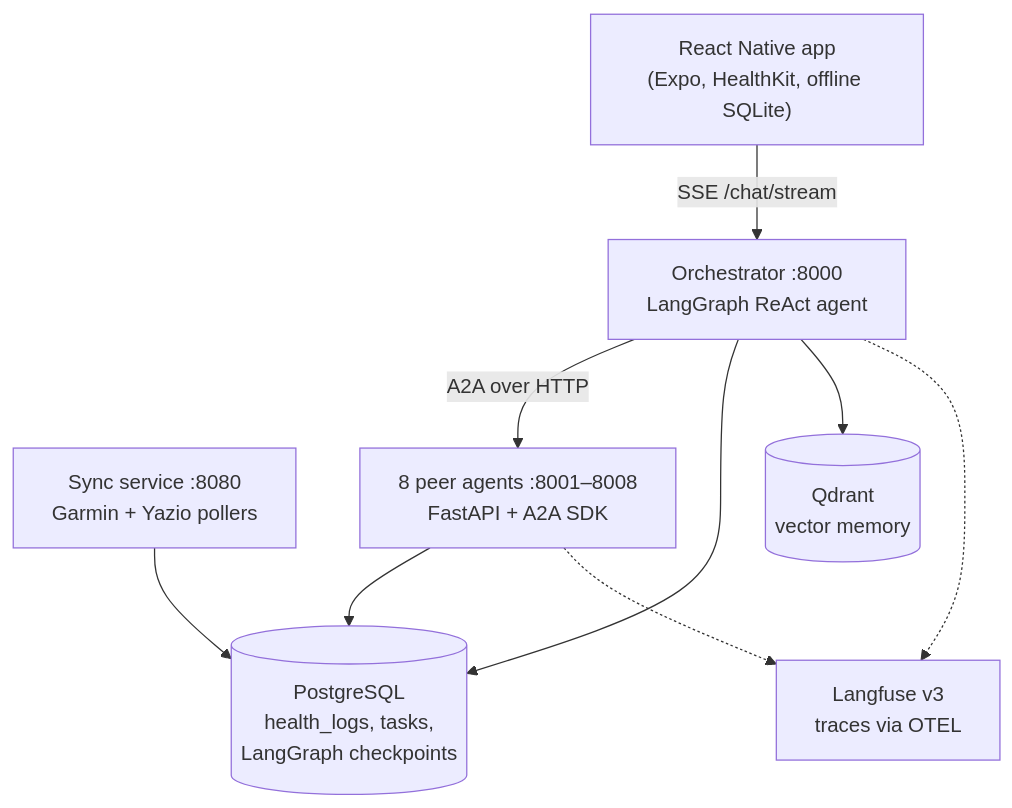
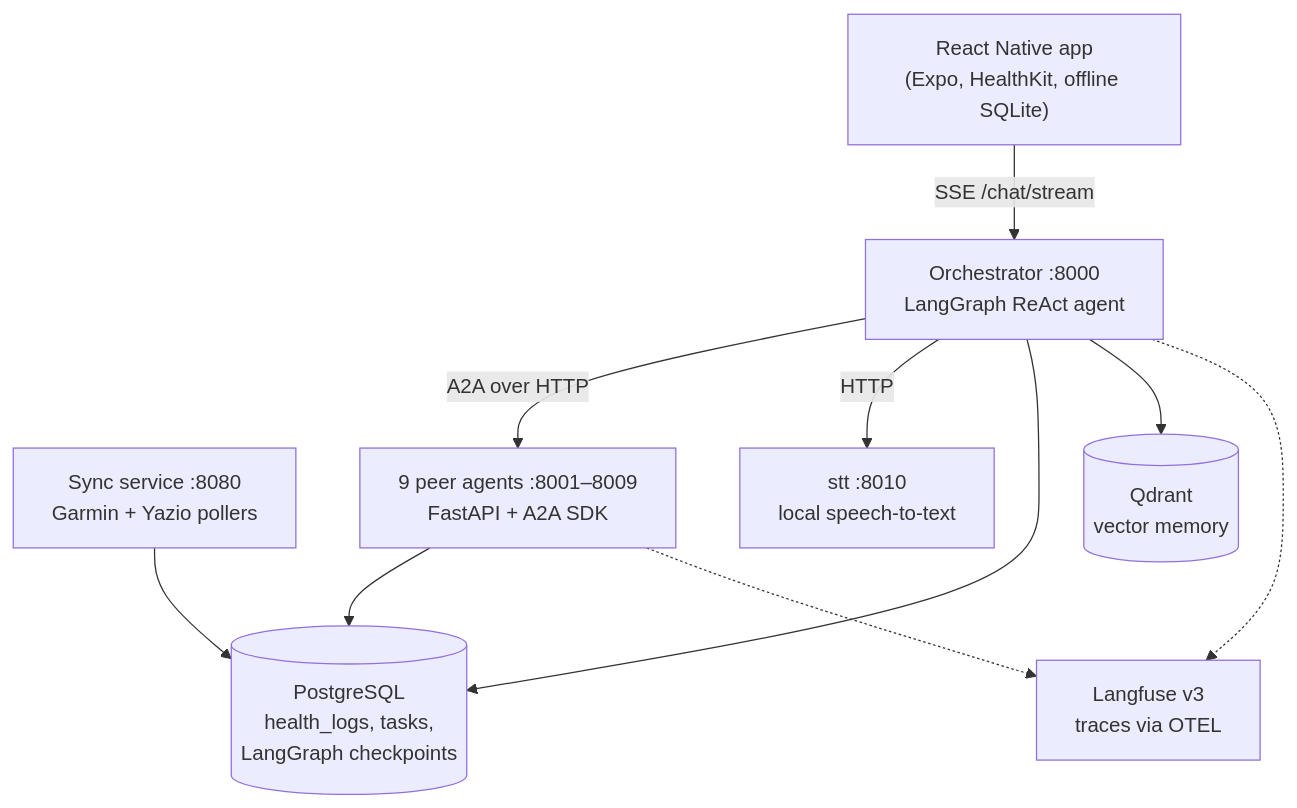
The diagram in README.md (odiukov/life2.0), drawn with Mermaid before and after one commit. The commit also changed other lines of this file and 5 other files, not shown here.

````diff
--- a/README.md
+++ b/README.md
@@ -35,19 +35,21 @@
 ```mermaid
 flowchart TD
     M["React Native app<br/>(Expo, HealthKit, offline SQLite)"]
     O["Orchestrator :8000<br/>LangGraph ReAct agent"]
     S["Sync service :8080<br/>Garmin + Yazio pollers"]
-    A["8 peer agents :8001–8008<br/>FastAPI + A2A SDK"]
+    A["9 peer agents :8001–8009<br/>FastAPI + A2A SDK"]
+    STT["stt :8010<br/>local speech-to-text"]
     PG[("PostgreSQL<br/>health_logs, tasks,<br/>LangGraph checkpoints")]
     Q[("Qdrant<br/>vector memory")]
     L["Langfuse v3<br/>traces via OTEL"]
 
     M -- "SSE /chat/stream" --> O
     O -- "A2A over HTTP" --> A
+    O -- "HTTP" --> STT
     O --> PG
     O --> Q
     A --> PG
     S --> PG
     O -.-> L
     A -.-> L
 ```
````
